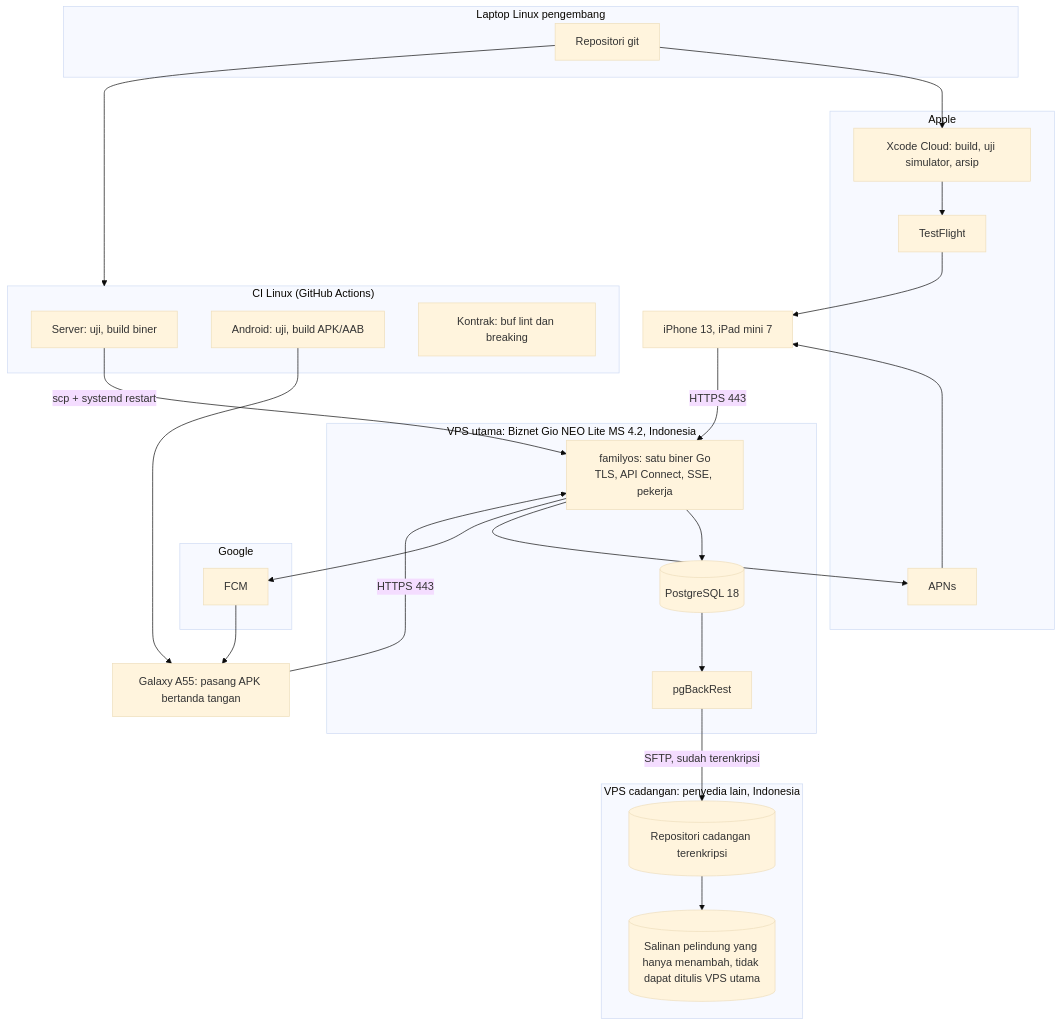
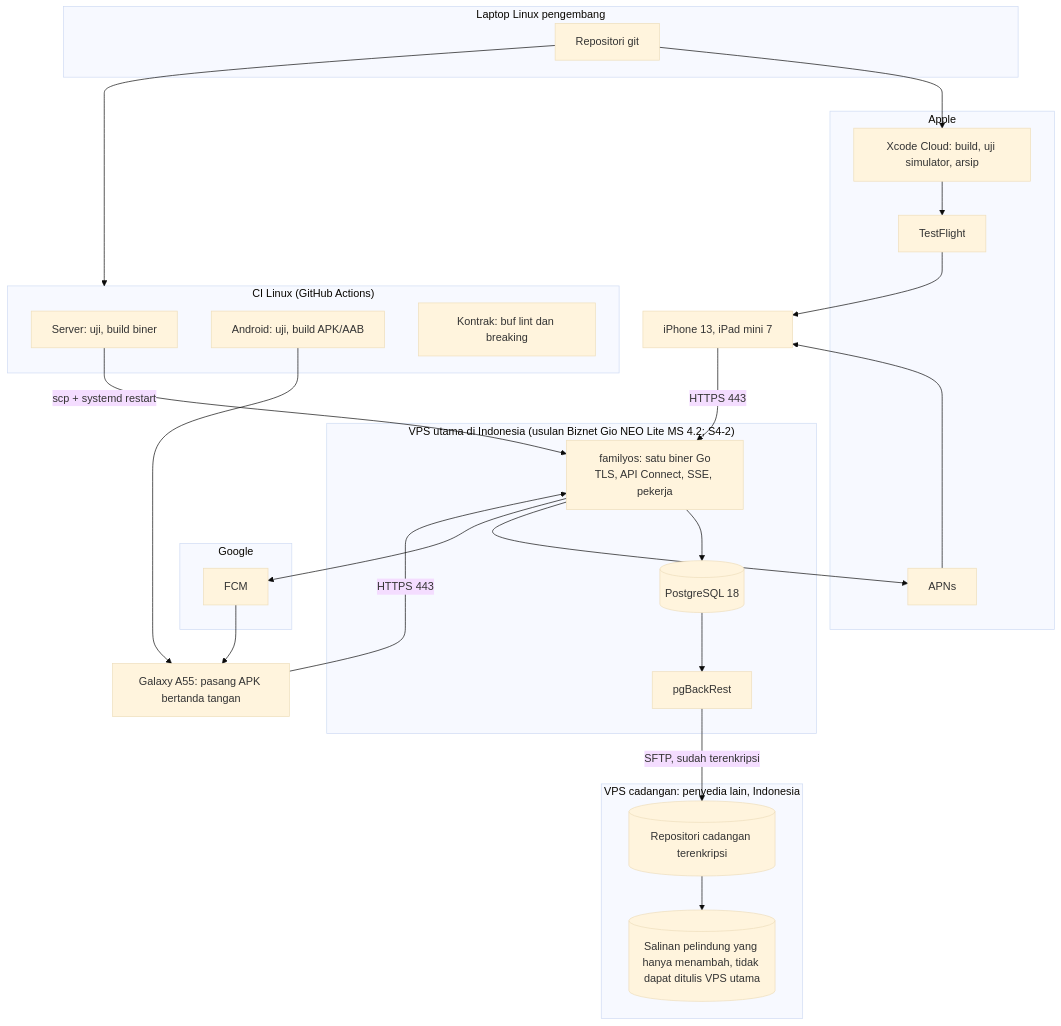
Before and after one commit to abiyanzimran/casa: the diagram in docs/09-technical-architecture/04-operasi-uji-biaya.md, drawn with Mermaid (base theme). The commit also changed other lines of this file and 46 other files, not shown here.

````diff
--- a/docs/09-technical-architecture/04-operasi-uji-biaya.md
+++ b/docs/09-technical-architecture/04-operasi-uji-biaya.md
@@ -9,37 +9,37 @@
 ```mermaid
 flowchart TB
   subgraph dev["Laptop Linux pengembang"]
     GIT[Repositori git]
   end
   subgraph gh["CI Linux (GitHub Actions)"]
     CI1[Server: uji, build biner]
     CI2[Android: uji, build APK/AAB]
     CI3[Kontrak: buf lint dan breaking]
   end
   subgraph apple["Apple"]
     XC[Xcode Cloud: build, uji simulator, arsip]
     TF[TestFlight]
     APNS[APNs]
   end
   subgraph google["Google"]
     FCM[FCM]
   end
-  subgraph vps1["VPS utama: Biznet Gio NEO Lite MS 4.2, Indonesia"]
+  subgraph vps1["VPS utama di Indonesia (usulan Biznet Gio NEO Lite MS 4.2; S4-2)"]
     APP[familyos: satu biner Go<br/>TLS, API Connect, SSE, pekerja]
     PG[(PostgreSQL 18)]
     BR[pgBackRest]
   end
   subgraph vps2["VPS cadangan: penyedia lain, Indonesia"]
     REPO[(Repositori cadangan terenkripsi)]
     SNAP[(Salinan pelindung yang hanya menambah, tidak dapat ditulis VPS utama)]
   end
   GIT --> gh
   GIT --> XC --> TF --> IPH[iPhone 13, iPad mini 7]
   CI2 --> AND[Galaxy A55: pasang APK bertanda tangan]
   CI1 -->|scp + systemd restart| APP
   APP --> PG
   PG --> BR -->|SFTP, sudah terenkripsi| REPO --> SNAP
   APP --> APNS --> IPH
   APP --> FCM --> AND
   IPH & AND -->|HTTPS 443| APP
 ```
````
